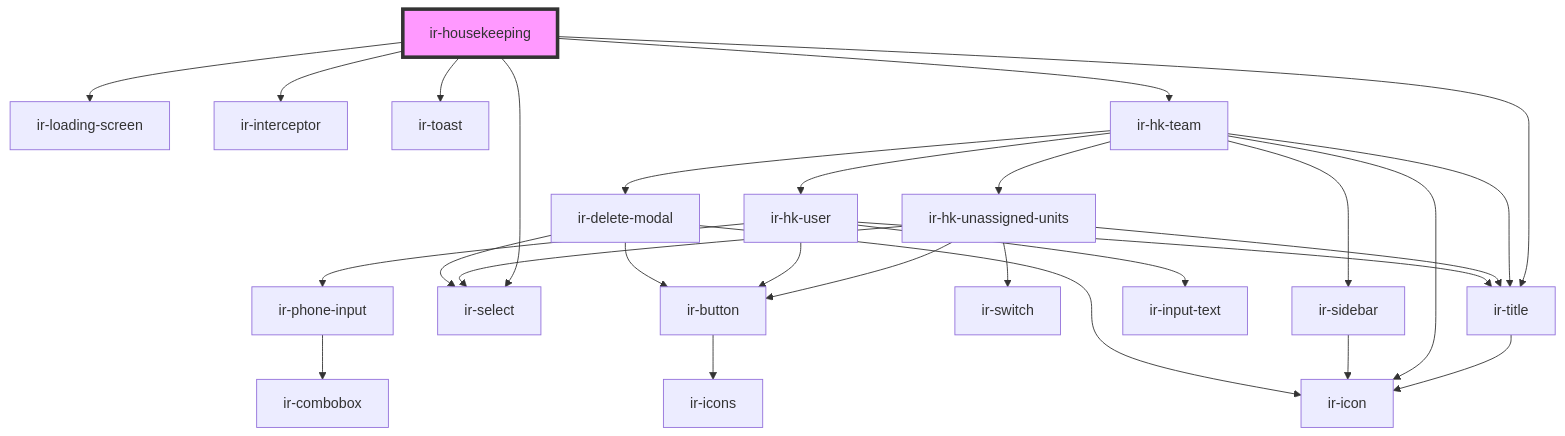
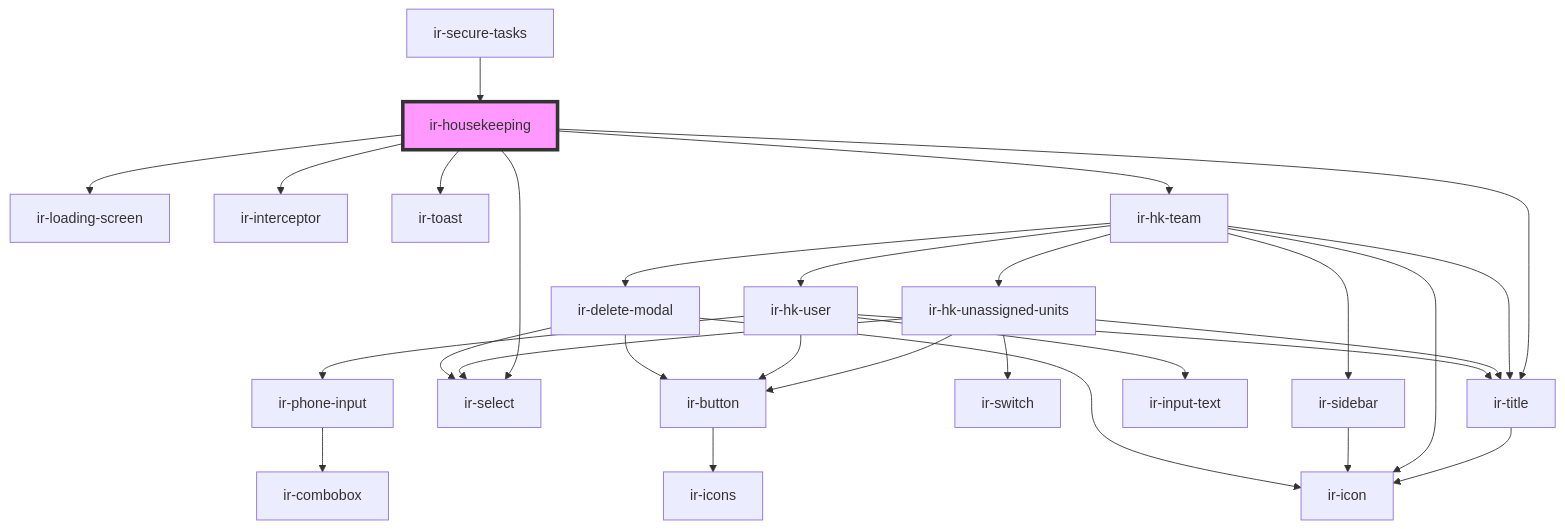
The diagram in src/components/ir-housekeeping/readme.md (David1Chowaifaty/modified-ir-webcmp), drawn with Mermaid before and after one commit. The commit also changed other lines of this file and 12 other files, not shown here.

````diff
--- a/src/components/ir-housekeeping/readme.md
+++ b/src/components/ir-housekeeping/readme.md
@@ -30,31 +34,32 @@
 ```mermaid
 graph TD;
   ir-housekeeping --> ir-loading-screen
   ir-housekeeping --> ir-interceptor
   ir-housekeeping --> ir-toast
   ir-housekeeping --> ir-title
   ir-housekeeping --> ir-select
   ir-housekeeping --> ir-hk-team
   ir-title --> ir-icon
   ir-hk-team --> ir-hk-unassigned-units
   ir-hk-team --> ir-hk-user
   ir-hk-team --> ir-title
   ir-hk-team --> ir-icon
   ir-hk-team --> ir-sidebar
   ir-hk-team --> ir-delete-modal
   ir-hk-unassigned-units --> ir-select
   ir-hk-unassigned-units --> ir-switch
   ir-hk-unassigned-units --> ir-title
   ir-hk-unassigned-units --> ir-button
   ir-button --> ir-icons
   ir-hk-user --> ir-title
   ir-hk-user --> ir-input-text
   ir-hk-user --> ir-phone-input
   ir-hk-user --> ir-button
   ir-phone-input --> ir-combobox
   ir-sidebar --> ir-icon
   ir-delete-modal --> ir-icon
   ir-delete-modal --> ir-select
   ir-delete-modal --> ir-button
+  ir-secure-tasks --> ir-housekeeping
   style ir-housekeeping fill:#f9f,stroke:#333,stroke-width:4px
 ```
````
